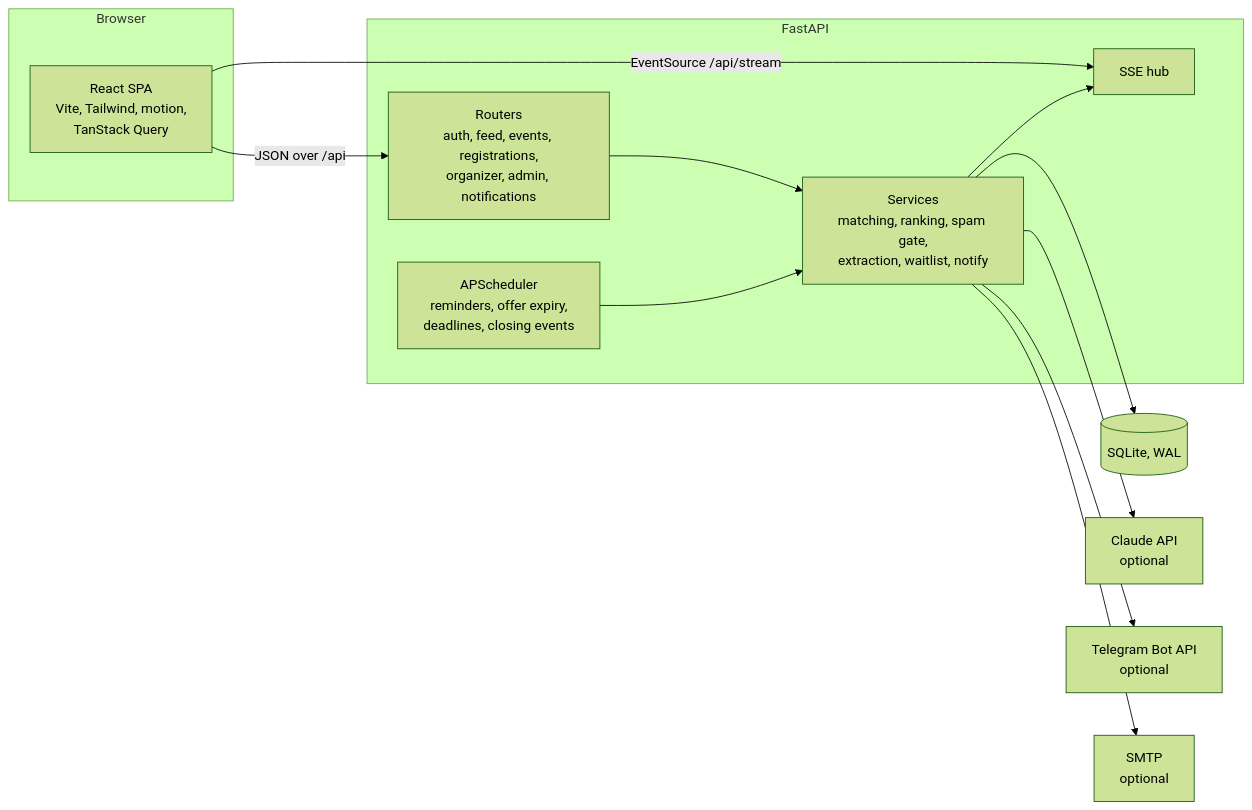
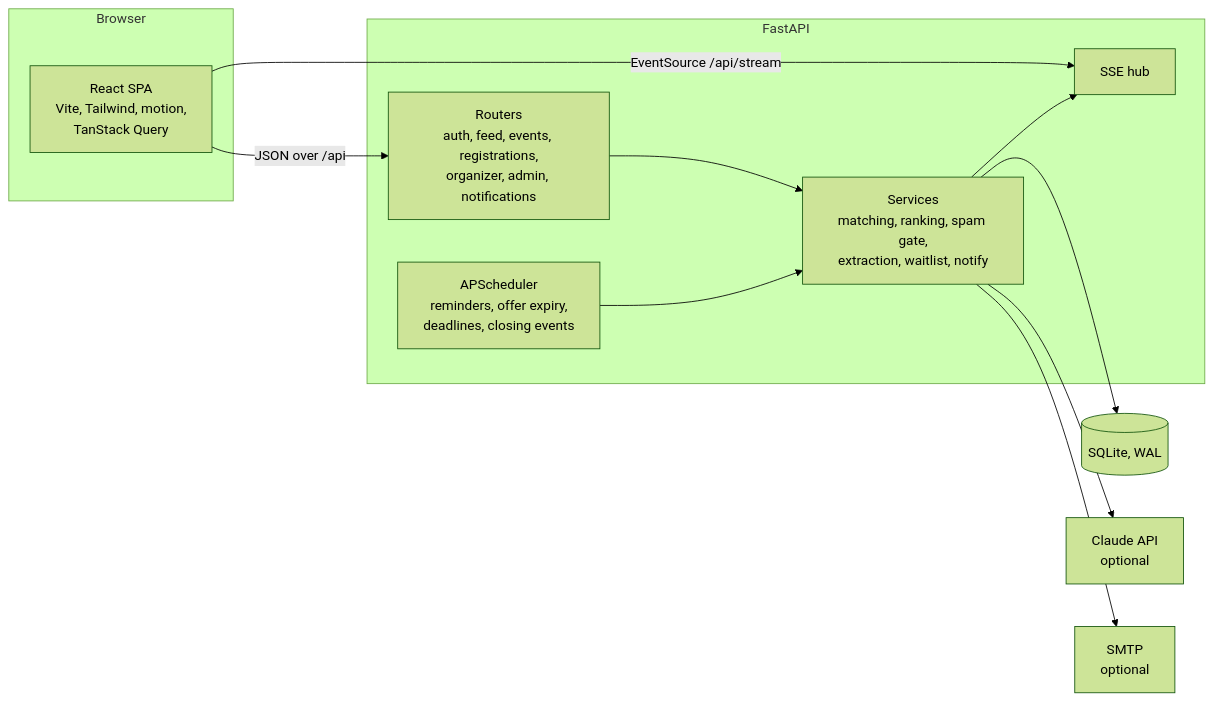
Before and after one commit to Gayathri-0315/CodeX_Keerthana: the diagram in README.md, drawn with Mermaid (forest theme). The commit also changed other lines of this file and 16 other files, not shown here.

````diff
--- a/README.md
+++ b/README.md
@@ -76,24 +76,22 @@
 ```mermaid
 flowchart LR
   subgraph Browser
     SPA[React SPA<br/>Vite, Tailwind, motion,<br/>TanStack Query]
   end
   subgraph API[FastAPI]
     R[Routers<br/>auth, feed, events, registrations,<br/>organizer, admin, notifications]
     S[Services<br/>matching, ranking, spam gate,<br/>extraction, waitlist, notify]
     J[APScheduler<br/>reminders, offer expiry,<br/>deadlines, closing events]
     H[SSE hub]
   end
   DB[(SQLite, WAL)]
   C[Claude API<br/>optional]
-  T[Telegram Bot API<br/>optional]
   M[SMTP<br/>optional]
   SPA -- JSON over /api --> R
   SPA -- EventSource /api/stream --> H
   R --> S --> DB
   J --> S
   S --> H
   S --> C
-  S --> T
   S --> M
 ```
````
